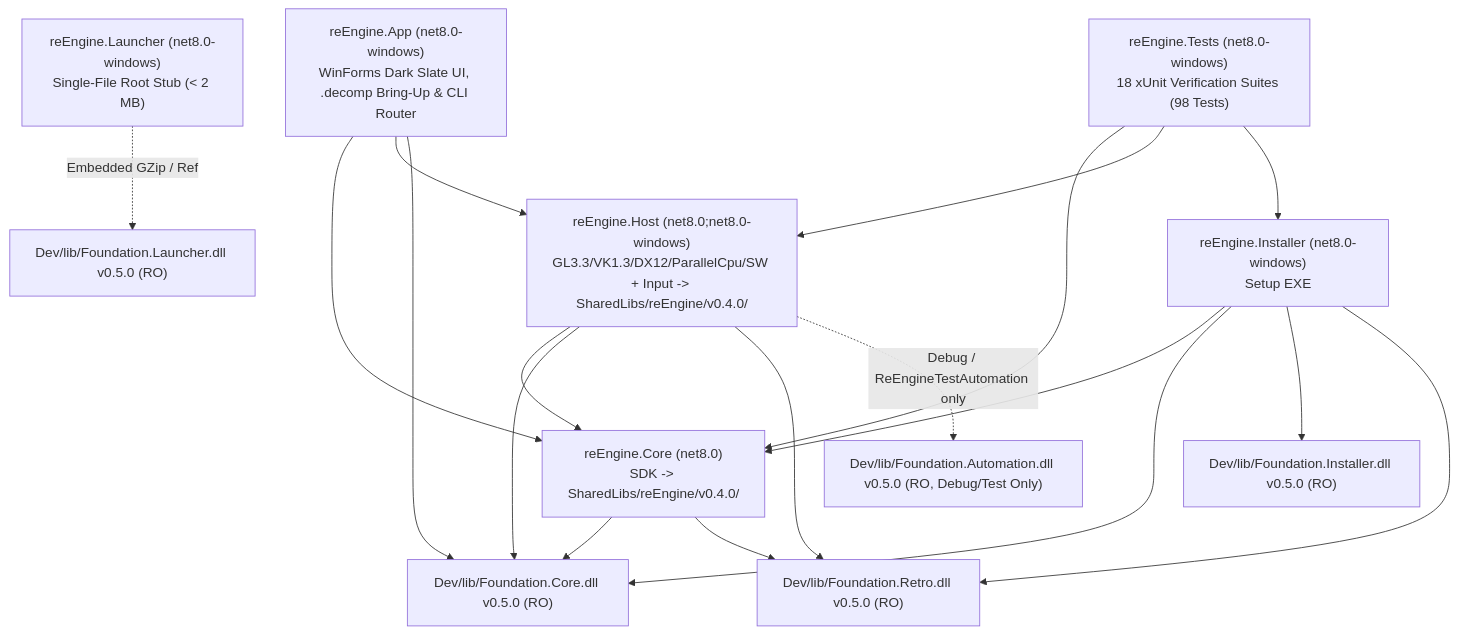
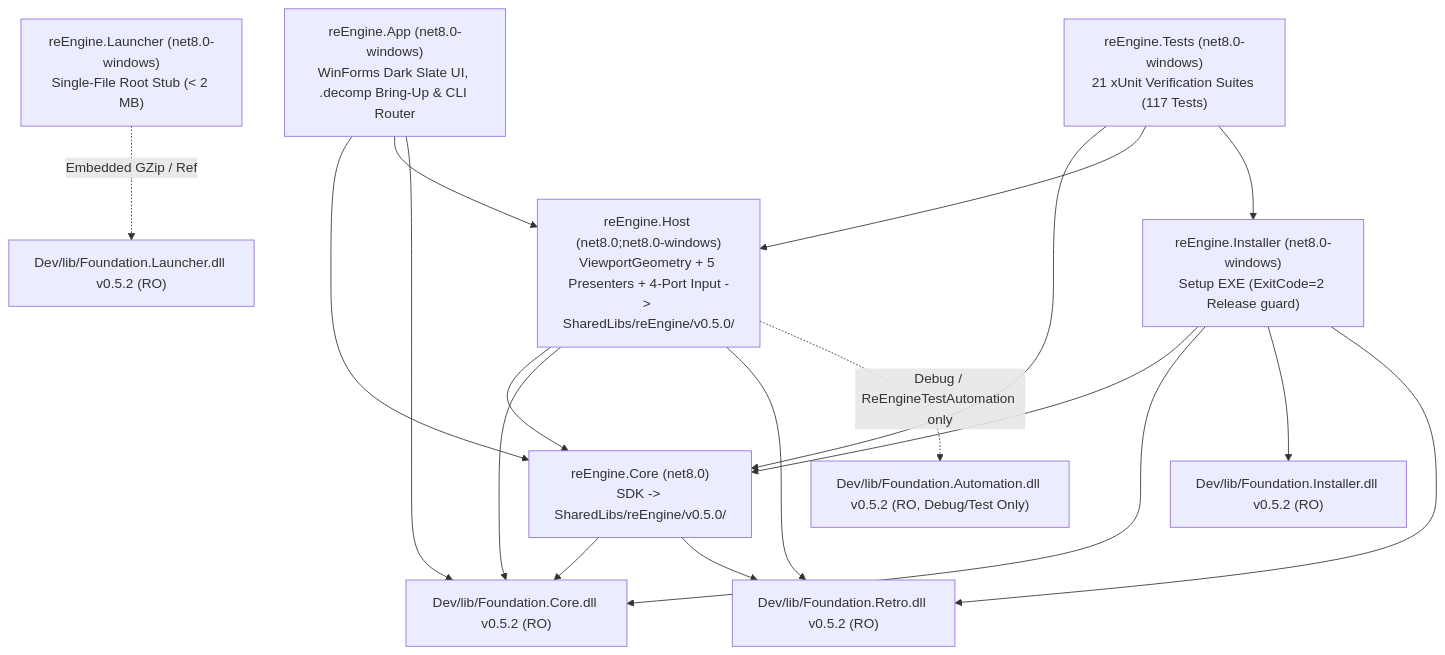
The second of 2 diagrams in Dev/docs/ARCHITECTURE.md (StreamItAllGit/reEngine), drawn with Mermaid before and after one commit. The commit also changed other lines of this file and 70 other files, not shown here.

Commit message:
Release v0.5.0: HostViewportGeometry, 4-port 3-tier input, GL readback sync, -hf SemVer & 3-way routing

````diff
--- a/Dev/docs/ARCHITECTURE.md
+++ b/Dev/docs/ARCHITECTURE.md
@@ -43,33 +43,33 @@
 ```mermaid
 graph TD
-    FC["Dev/lib/Foundation.Core.dll v0.5.0 (RO)"]
-    FR["Dev/lib/Foundation.Retro.dll v0.5.0 (RO)"]
-    FI["Dev/lib/Foundation.Installer.dll v0.5.0 (RO)"]
-    FL["Dev/lib/Foundation.Launcher.dll v0.5.0 (RO)"]
-    FA["Dev/lib/Foundation.Automation.dll v0.5.0 (RO, Debug/Test Only)"]
+    FC["Dev/lib/Foundation.Core.dll v0.5.2 (RO)"]
+    FR["Dev/lib/Foundation.Retro.dll v0.5.2 (RO)"]
+    FI["Dev/lib/Foundation.Installer.dll v0.5.2 (RO)"]
+    FL["Dev/lib/Foundation.Launcher.dll v0.5.2 (RO)"]
+    FA["Dev/lib/Foundation.Automation.dll v0.5.2 (RO, Debug/Test Only)"]
 
-    Core["reEngine.Core (net8.0)\nSDK -> SharedLibs/reEngine/v0.4.0/"]
-    Host["reEngine.Host (net8.0;net8.0-windows)\nGL3.3/VK1.3/DX12/ParallelCpu/SW + Input -> SharedLibs/reEngine/v0.4.0/"]
+    Core["reEngine.Core (net8.0)\nSDK -> SharedLibs/reEngine/v0.5.0/"]
+    Host["reEngine.Host (net8.0;net8.0-windows)\nViewportGeometry + 5 Presenters + 4-Port Input -> SharedLibs/reEngine/v0.5.0/"]
     App["reEngine.App (net8.0-windows)\nWinForms Dark Slate UI, .decomp Bring-Up & CLI Router"]
     Launcher["reEngine.Launcher (net8.0-windows)\nSingle-File Root Stub (< 2 MB)"]
-    Setup["reEngine.Installer (net8.0-windows)\nSetup EXE"]
-    Tests["reEngine.Tests (net8.0-windows)\n18 xUnit Verification Suites (98 Tests)"]
+    Setup["reEngine.Installer (net8.0-windows)\nSetup EXE (ExitCode=2 Release guard)"]
+    Tests["reEngine.Tests (net8.0-windows)\n21 xUnit Verification Suites (117 Tests)"]
 
     Core --> FC
     Core --> FR
     Host --> Core
     Host --> FC
     Host --> FR
     Host -.->|Debug / ReEngineTestAutomation only| FA
     App --> Core
     App --> Host
     App --> FC
     Setup --> Core
     Setup --> FC
     Setup --> FI
     Setup --> FR
     Launcher -.->|Embedded GZip / Ref| FL
     Tests --> Core
     Tests --> Host
     Tests --> Setup
 ```
````
